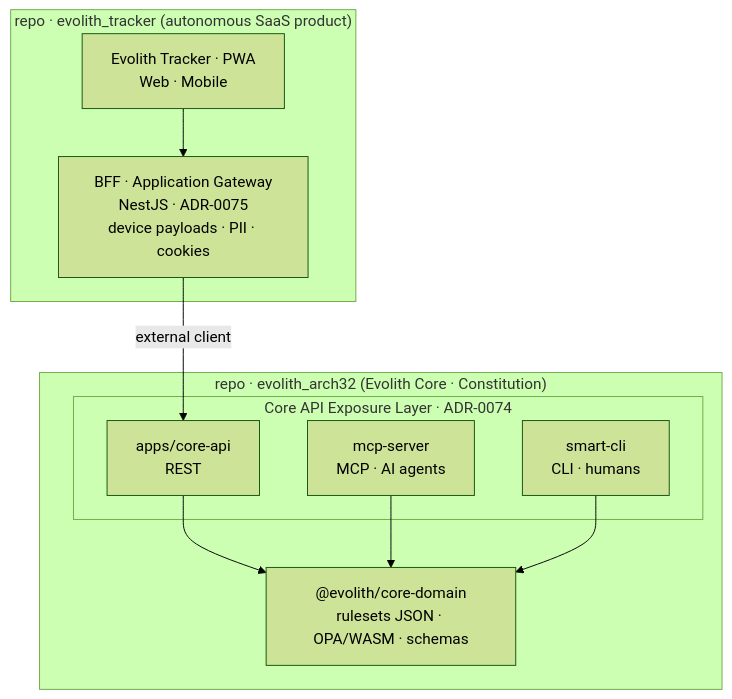
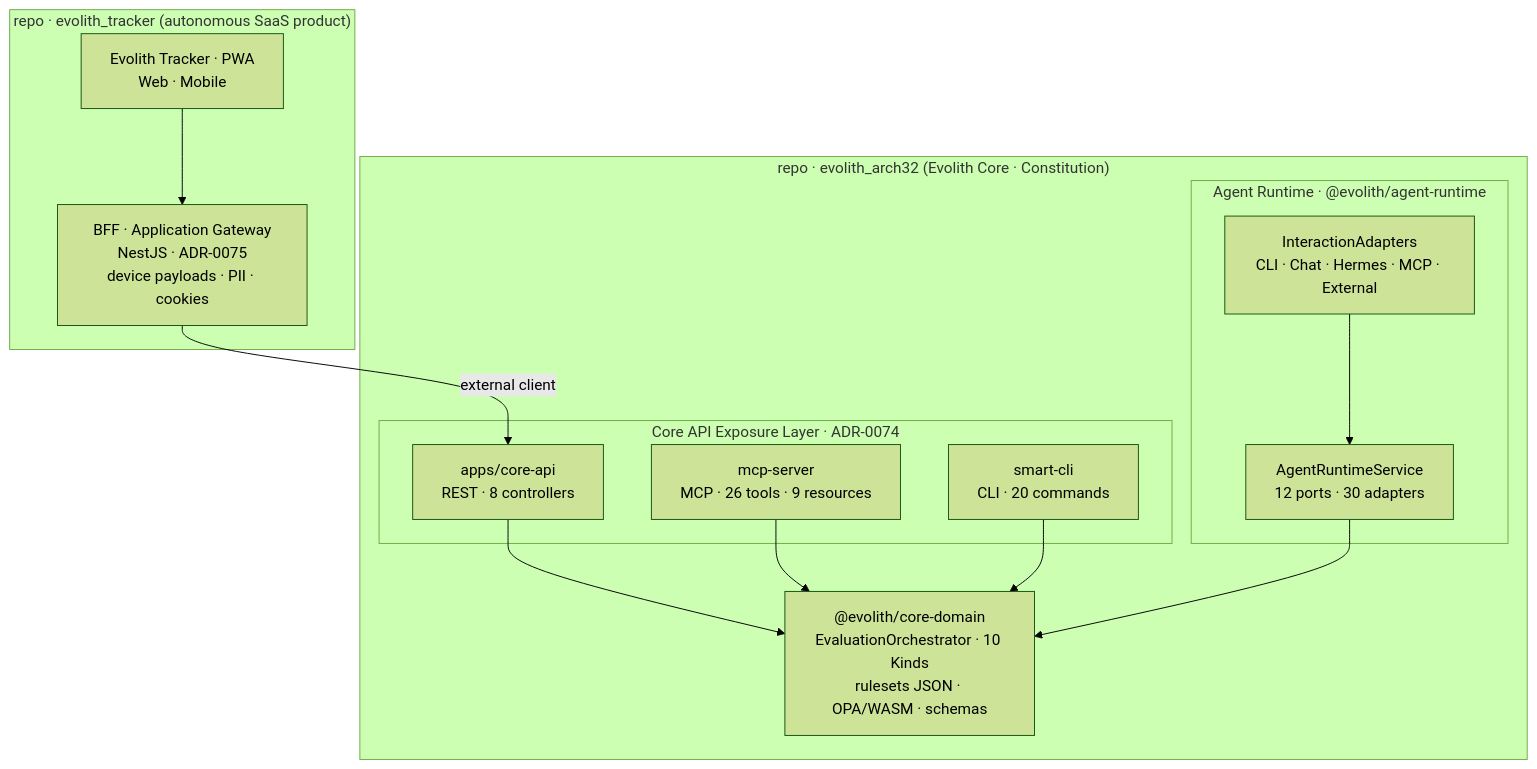
One commit to beyondnetcode/evolith_arch32 changed the diagram in reference/product-suite/vision/evolith-product-vision-master.md. Above: the diagram before and after it, drawn with Mermaid (forest theme). The commit also changed other lines of this file and 1 other file, not shown here.

First line of the commit message:
docs(vision): update product vision to reflect current architecture

````diff
--- a/reference/product-suite/vision/evolith-product-vision-master.md
+++ b/reference/product-suite/vision/evolith-product-vision-master.md
@@ -117,18 +121,24 @@
 ```mermaid
 flowchart TB
   subgraph TRK["repo · evolith_tracker (autonomous SaaS product)"]
     PWA["Evolith Tracker · PWA<br/>Web · Mobile"] --> BFF["BFF · Application Gateway<br/>NestJS · ADR-0075<br/>device payloads · PII · cookies"]
   end
   subgraph CORE["repo · evolith_arch32 (Evolith Core · Constitution)"]
     subgraph EXP["Core API Exposure Layer · ADR-0074"]
-      API["apps/core-api<br/>REST"]
-      MCP["mcp-server<br/>MCP · AI agents"]
-      CLI["smart-cli<br/>CLI · humans"]
+      API["apps/core-api<br/>REST · 8 controllers"]
+      MCP["mcp-server<br/>MCP · 26 tools · 9 resources"]
+      CLI["smart-cli<br/>CLI · 20 commands"]
     end
-    DOM["@evolith/core-domain<br/>rulesets JSON · OPA/WASM · schemas"]
+    subgraph RT["Agent Runtime · @evolith/agent-runtime"]
+      ARS["AgentRuntimeService<br/>12 ports · 30 adapters"]
+      IA["InteractionAdapters<br/>CLI · Chat · Hermes · MCP · External"]
+    end
+    DOM["@evolith/core-domain<br/>EvaluationOrchestrator · 10 Kinds<br/>rulesets JSON · OPA/WASM · schemas"]
     API --> DOM
     MCP --> DOM
     CLI --> DOM
+    ARS --> DOM
+    IA --> ARS
   end
   BFF -->|external client| API
 ```
````
